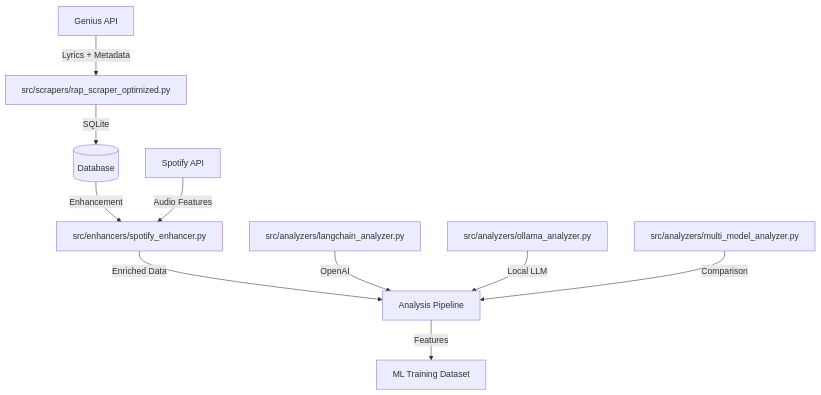
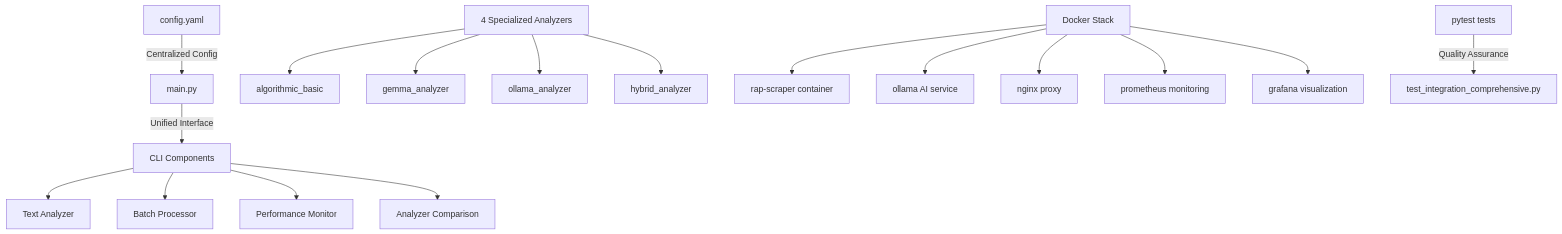
One commit to Vastargazing/rap-scraper-project changed the diagram in docs/claude.md. Above: the diagram before and after it, drawn with Mermaid. The commit also changed other lines of this file and 22 other files, not shown here.

Commit message:
Complete 4-Phase Microservices Refactoring - Production Ready Architecture with Docker, Testing, and Documentation Updates

````diff
--- a/docs/claude.md
+++ b/docs/claude.md
@@ -82,13 +95,22 @@
 ```mermaid
 graph TD
-    A[Genius API] -->|Lyrics + Metadata| B[src/scrapers/rap_scraper_optimized.py]
-    B -->|SQLite| C[(Database)]
-    C -->|Enhancement| D[src/enhancers/spotify_enhancer.py]
-    E[Spotify API] -->|Audio Features| D
-    D -->|Enriched Data| F[Analysis Pipeline]
-    F -->|Features| G[ML Training Dataset]
-
-    H[src/analyzers/langchain_analyzer.py] -->|OpenAI| F
-    I[src/analyzers/ollama_analyzer.py] -->|Local LLM| F
-    J[src/analyzers/multi_model_analyzer.py] -->|Comparison| F
+    A[main.py] -->|Unified Interface| B[CLI Components]
+    B --> C[Text Analyzer]
+    B --> D[Batch Processor] 
+    B --> E[Performance Monitor]
+    B --> F[Analyzer Comparison]
+    
+    G[4 Specialized Analyzers] --> H[algorithmic_basic]
+    G --> I[gemma_analyzer]
+    G --> J[ollama_analyzer]
+    G --> K[hybrid_analyzer]
+    
+    L[Docker Stack] --> M[rap-scraper container]
+    L --> N[ollama AI service]
+    L --> O[nginx proxy]
+    L --> P[prometheus monitoring]
+    L --> Q[grafana visualization]
+    
+    R[config.yaml] -->|Centralized Config| A
+    S[pytest tests] -->|Quality Assurance| T[test_integration_comprehensive.py]
 ```
````
